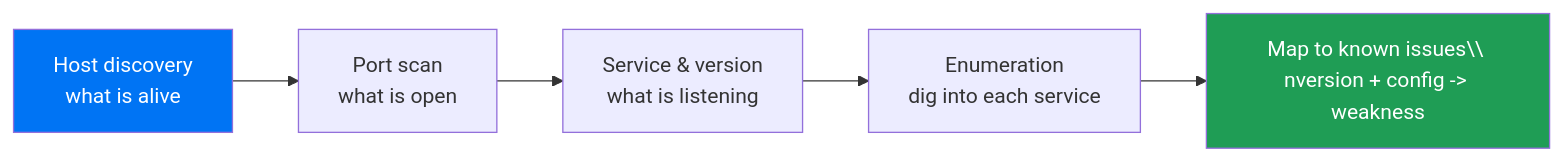
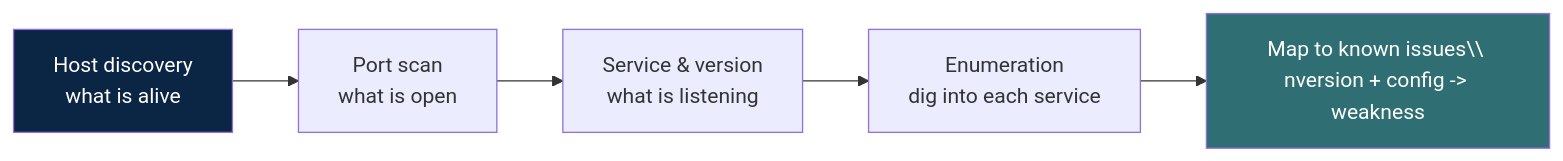
Before and after one commit to darkanalytica1/ethical-hacking-cheatsheet: the diagram in sheets/05-scanning-enumeration.md, drawn with Mermaid. The commit also changed 9 other files, not shown here.

````diff
--- a/sheets/05-scanning-enumeration.md
+++ b/sheets/05-scanning-enumeration.md
@@ -9,9 +9,9 @@
 ```mermaid
 flowchart LR
     A[Host discovery<br/>what is alive] --> B[Port scan<br/>what is open]
     B --> C[Service & version<br/>what is listening]
     C --> D[Enumeration<br/>dig into each service]
     D --> E[Map to known issues\\ nversion + config -> weakness]
-    style A fill:#0074F4,color:#fff
-    style E fill:#1f9d55,color:#fff
+    style A fill:#0B2545,color:#fff
+    style E fill:#2f6f73,color:#fff
 ```
````
